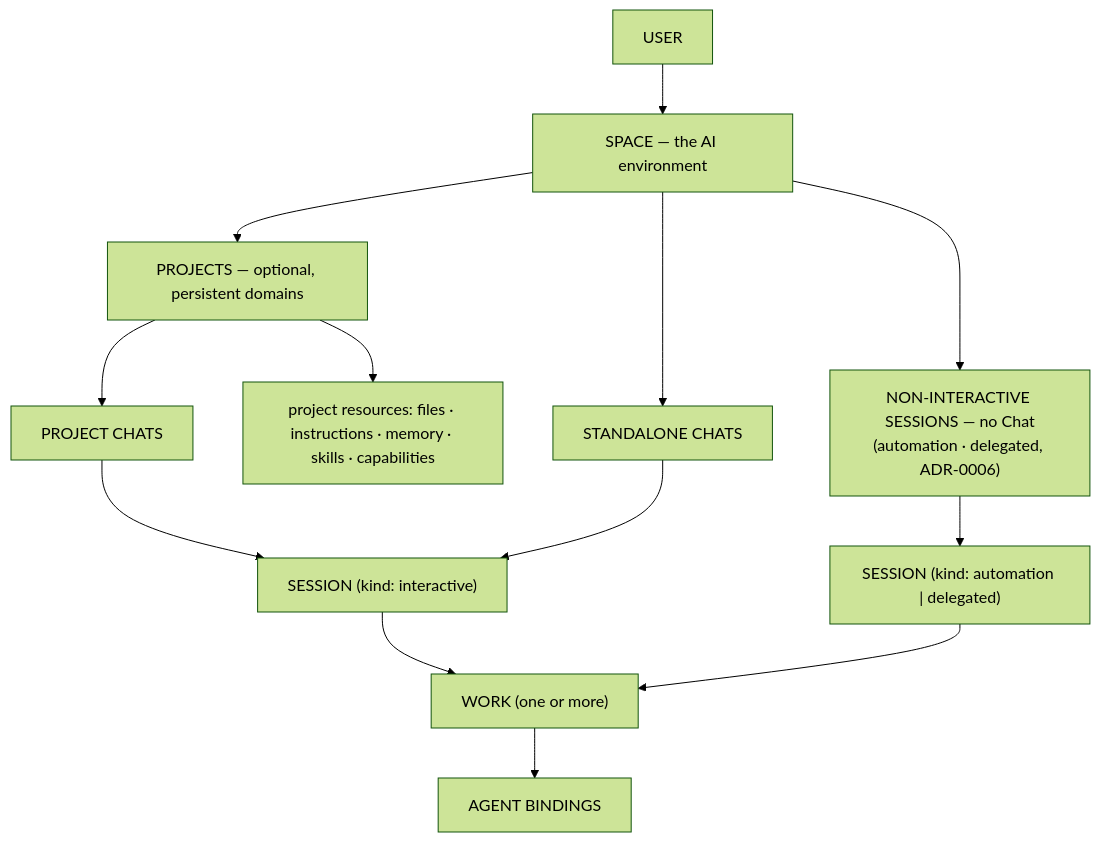
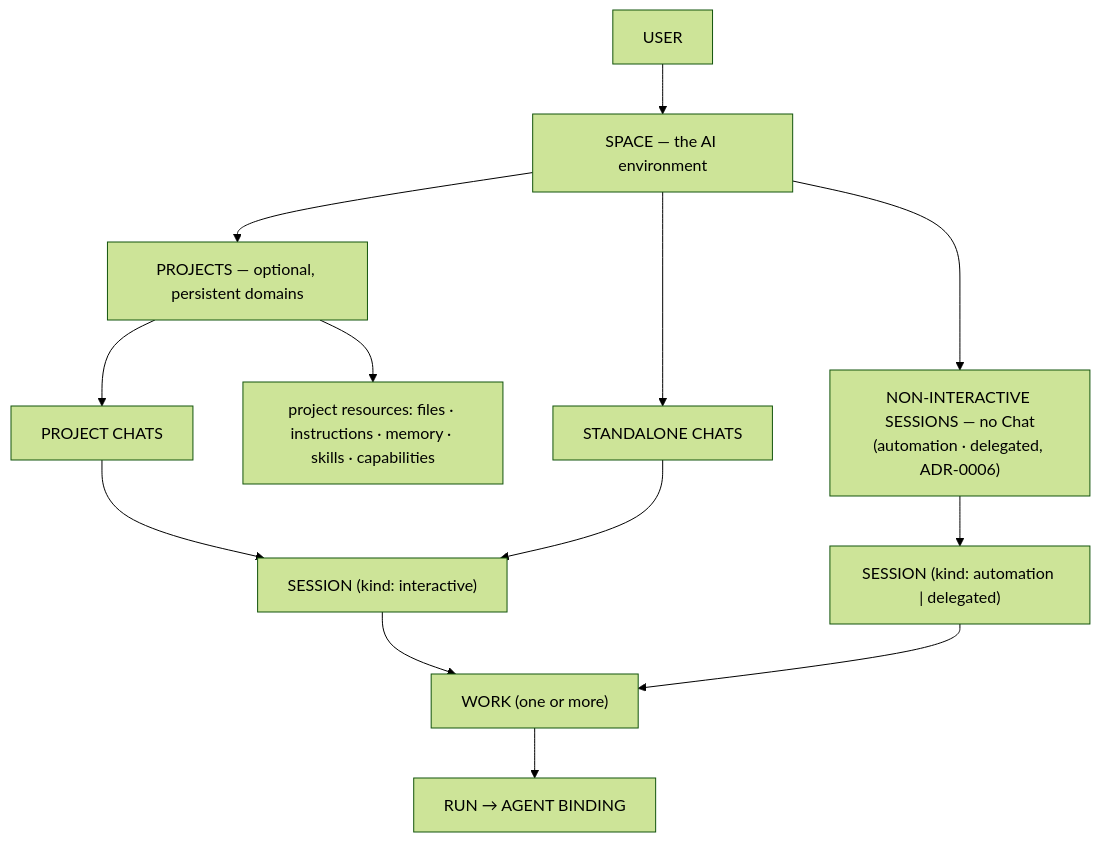
One commit to sarv-projects/EveryAIOS changed the diagram in ARCH/SESSION.md. Above: the diagram before and after it, drawn with Mermaid (forest theme). The commit also changed other lines of this file and 19 other files, not shown here.

Commit message:
docs(architecture): define session workbench leases

````diff
--- a/ARCH/SESSION.md
+++ b/ARCH/SESSION.md
@@ -50,15 +55,15 @@
 ```mermaid
 flowchart TD
     U["USER"] --> SP["SPACE — the AI environment"]
     SP --> PJ["PROJECTS — optional, persistent domains"]
     SP --> SC["STANDALONE CHATS"]
     SP --> NS["NON-INTERACTIVE SESSIONS — no Chat<br/>(automation · delegated, ADR-0006)"]
     PJ --> PC["PROJECT CHATS"]
     PJ --> PR["project resources: files · instructions · memory · skills · capabilities"]
     PC --> SE["SESSION (kind: interactive)"]
     SC --> SE
     NS --> SEN["SESSION (kind: automation | delegated)"]
     SE --> WK["WORK (one or more)"]
     SEN --> WK
-    WK --> AB["AGENT BINDINGS"]
+    WK --> AB["RUN → AGENT BINDING"]
 ```
````
